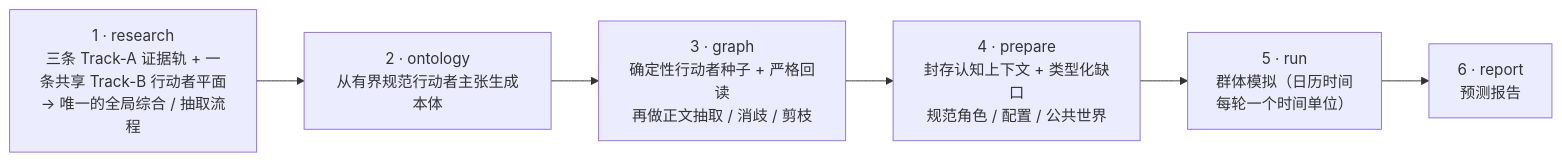
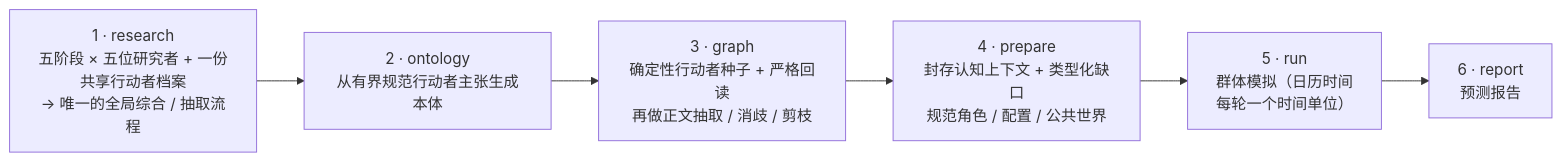
One commit to linroger/DeepAgentForecast changed the first of 2 diagrams in README.zh-CN.md. Above: the diagram before and after it, drawn with Mermaid. The commit also changed other lines of this file and 4 other files, not shown here.

````diff
--- a/README.zh-CN.md
+++ b/README.zh-CN.md
@@ -194,8 +243,8 @@
 ```mermaid
 flowchart LR
-    A["1 · research<br/>三条 Track-A 证据轨 + 一条共享 Track-B 行动者平面<br/>→ 唯一的全局综合 / 抽取流程"] --> B["2 · ontology<br/>从有界规范行动者主张生成本体"]
+    A["1 · research<br/>五阶段 × 五位研究者 + 一份共享行动者档案<br/>→ 唯一的全局综合 / 抽取流程"] --> B["2 · ontology<br/>从有界规范行动者主张生成本体"]
     B --> C["3 · graph<br/>确定性行动者种子 + 严格回读<br/>再做正文抽取 / 消歧 / 剪枝"]
     C --> D["4 · prepare<br/>封存认知上下文 + 类型化缺口<br/>规范角色 / 配置 / 公共世界"]
     D --> E["5 · run<br/>群体模拟（日历时间<br/>每轮一个时间单位）"]
     E --> F["6 · report<br/>预测报告"]
 ```
````
